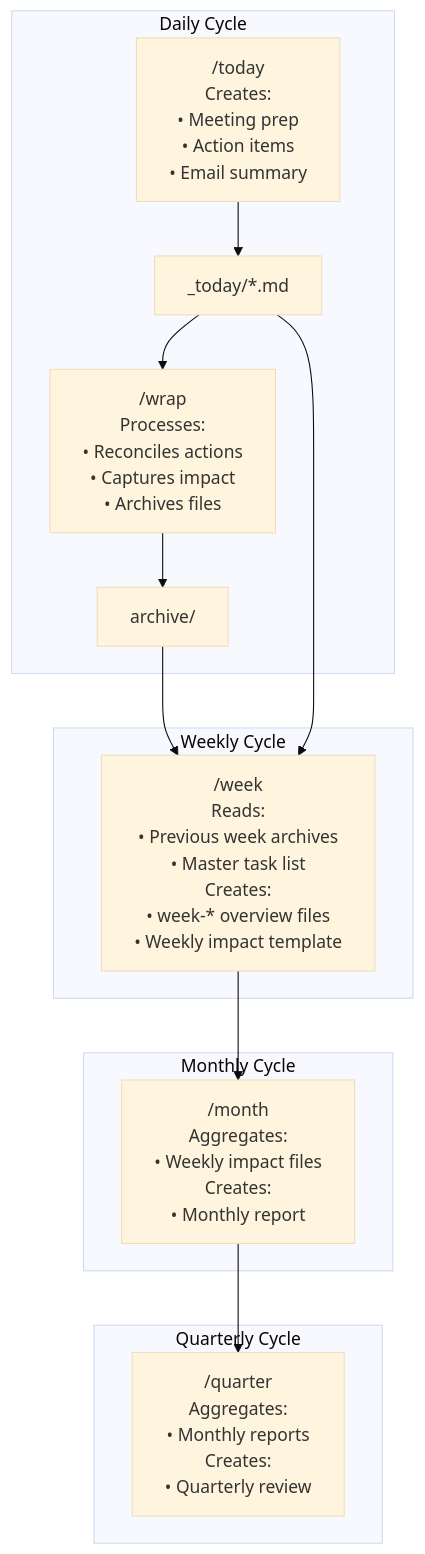
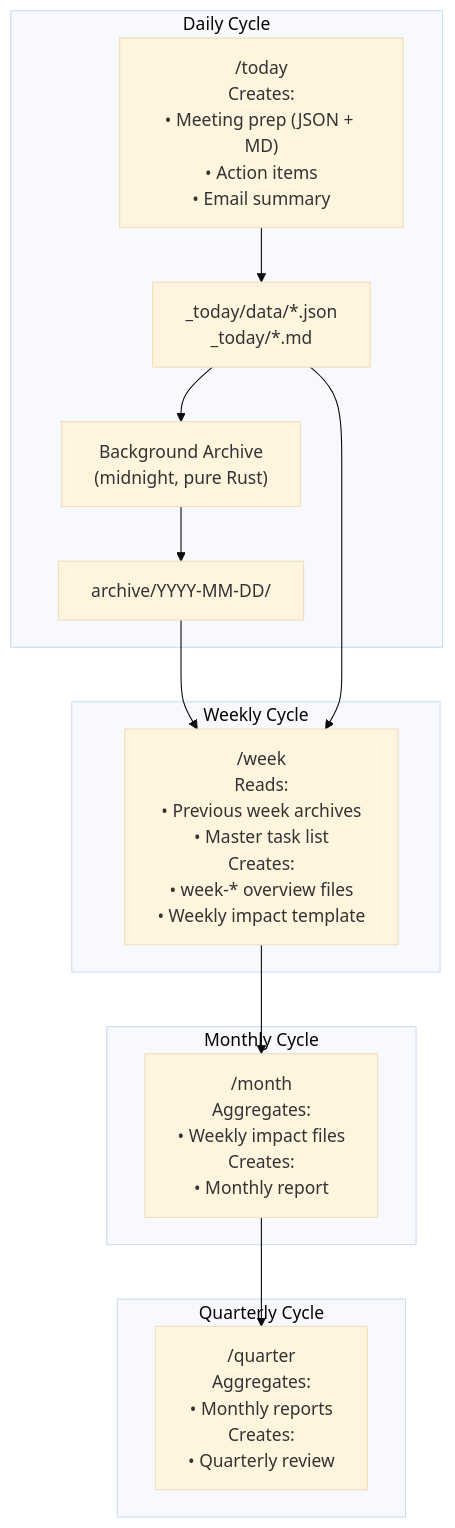
Before and after one commit to jamesgiroux/daily-operating-system: the diagram in daybreak/docs/SKILLS.md, drawn with Mermaid (base theme). The commit also changed other lines of this file and 3 other files, not shown here.

````diff
--- a/daybreak/docs/SKILLS.md
+++ b/daybreak/docs/SKILLS.md
@@ -421,30 +407,30 @@
 ```mermaid
 flowchart TB
     subgraph Daily["Daily Cycle"]
-        Today["/today<br/>Creates:<br/>• Meeting prep<br/>• Action items<br/>• Email summary"]
-        TodayFiles["_today/*.md"]
-        Wrap["/wrap<br/>Processes:<br/>• Reconciles actions<br/>• Captures impact<br/>• Archives files"]
-        Archive["archive/"]
+        Today["/today<br/>Creates:<br/>• Meeting prep (JSON + MD)<br/>• Action items<br/>• Email summary"]
+        TodayFiles["_today/data/*.json<br/>_today/*.md"]
+        ArchiveJob["Background Archive<br/>(midnight, pure Rust)"]
+        Archive["archive/YYYY-MM-DD/"]
 
         Today --> TodayFiles
-        TodayFiles --> Wrap
-        Wrap --> Archive
+        TodayFiles --> ArchiveJob
+        ArchiveJob --> Archive
     end
 
     subgraph Weekly["Weekly Cycle"]
         Week["/week<br/>Reads:<br/>• Previous week archives<br/>• Master task list<br/>Creates:<br/>• week-* overview files<br/>• Weekly impact template"]
     end
 
     subgraph Monthly["Monthly Cycle"]
         Month["/month<br/>Aggregates:<br/>• Weekly impact files<br/>Creates:<br/>• Monthly report"]
     end
 
     subgraph Quarterly["Quarterly Cycle"]
         Quarter["/quarter<br/>Aggregates:<br/>• Monthly reports<br/>Creates:<br/>• Quarterly review"]
     end
 
     Archive --> Week
     TodayFiles --> Week
     Week --> Month
     Month --> Quarter
 ```
````
